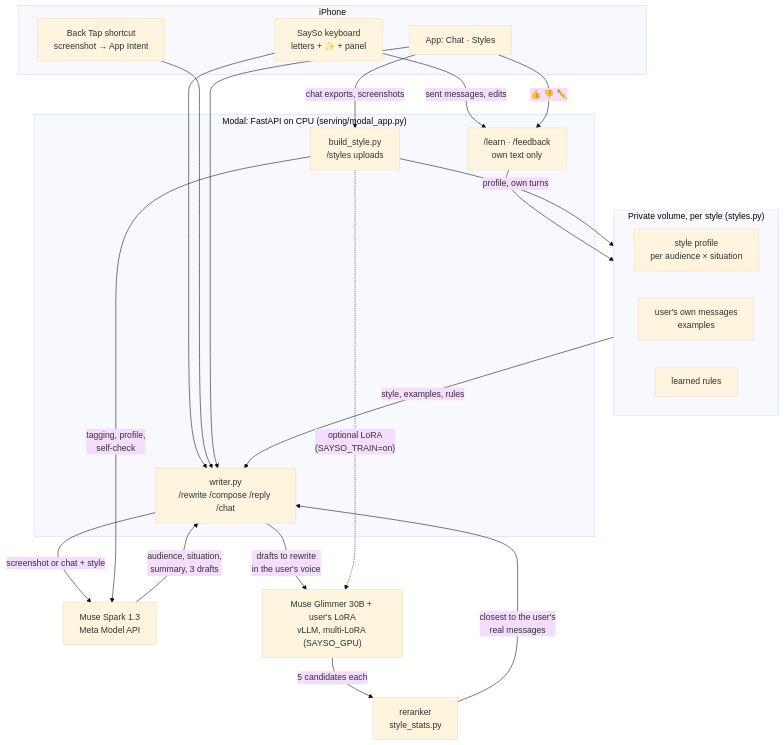
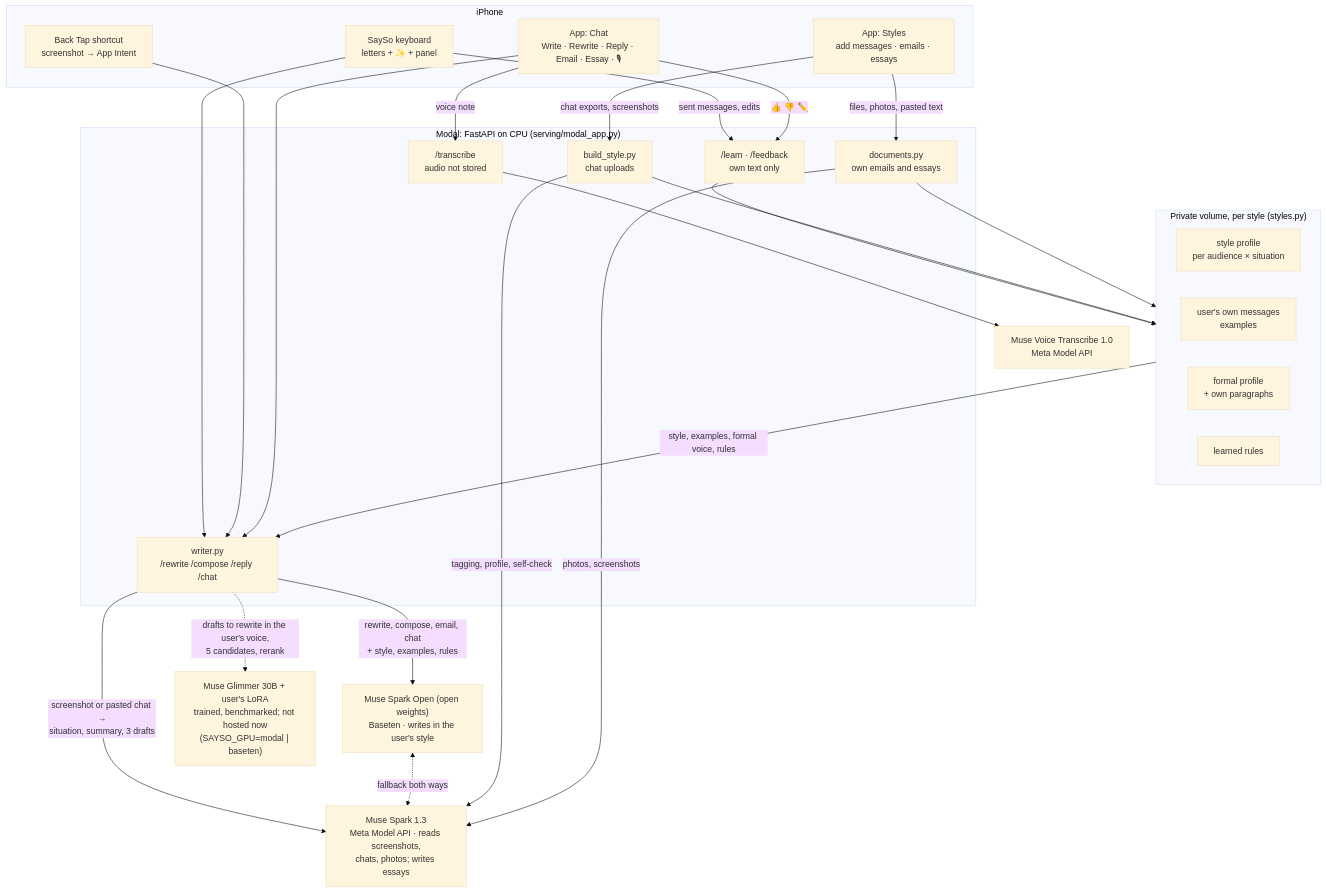
One commit to imogikk7/sayso changed the diagram in README.md. Above: the diagram before and after it, drawn with Mermaid (base theme). The commit also changed other lines of this file and 1 other file, not shown here.

First line of the commit message:
Docs: README and submission text for Nov 1 features

````diff
--- a/README.md
+++ b/README.md
@@ -38,44 +46,51 @@
 ```mermaid
 flowchart TD
     subgraph phone["iPhone"]
         KB["SaySo keyboard<br/>letters + ✨ + panel"]
         BT["Back Tap shortcut<br/>screenshot → App Intent"]
-        CH["App: Chat · Styles"]
+        CH["App: Chat<br/>Write · Rewrite · Reply · Email · Essay · 🎙"]
+        ST["App: Styles<br/>add messages · emails · essays"]
     end
 
     subgraph api["Modal: FastAPI on CPU (serving/modal_app.py)"]
         W["writer.py<br/>/rewrite /compose /reply /chat"]
+        T["/transcribe<br/>audio not stored"]
         L["/learn · /feedback<br/>own text only"]
-        B["build_style.py<br/>/styles uploads"]
+        B["build_style.py<br/>chat uploads"]
+        D["documents.py<br/>own emails and essays"]
     end
 
     subgraph store["Private volume, per style (styles.py)"]
         P["style profile<br/>per audience × situation"]
         E["user's own messages<br/>examples"]
+        F["formal profile<br/>+ own paragraphs"]
         R["learned rules"]
     end
 
-    SPARK["Muse Spark 1.3<br/>Meta Model API"]
-    GLM["Muse Glimmer 30B + user's LoRA<br/>vLLM, multi-LoRA (SAYSO_GPU)"]
-    RR["reranker<br/>style_stats.py"]
+    OPEN["Muse Spark Open (open weights)<br/>Baseten · writes in the user's style"]
+    SPARK["Muse Spark 1.3<br/>Meta Model API · reads screenshots,<br/>chats, photos; writes essays"]
+    VOICE["Muse Voice Transcribe 1.0<br/>Meta Model API"]
+    GLM["Muse Glimmer 30B + user's LoRA<br/>trained, benchmarked; not hosted now<br/>(SAYSO_GPU=modal | baseten)"]
 
     KB --> W
     BT --> W
     CH --> W
+    CH -- "voice note" --> T
+    T --> VOICE
     KB -- "sent messages, edits" --> L
     CH -- "👍 👎 ✏️" --> L
-    CH -- "chat exports, screenshots" --> B
+    ST -- "chat exports, screenshots" --> B
+    ST -- "files, photos, pasted text" --> D
 
-    W -- "screenshot or chat + style" --> SPARK
-    SPARK -- "audience, situation,<br/>summary, 3 drafts" --> W
-    W -- "drafts to rewrite<br/>in the user's voice" --> GLM
-    GLM -- "5 candidates each" --> RR
-    RR -- "closest to the user's<br/>real messages" --> W
+    W -- "rewrite, compose, email, chat<br/>+ style, examples, rules" --> OPEN
+    W -- "screenshot or pasted chat →<br/>situation, summary, 3 drafts" --> SPARK
+    OPEN <-. "fallback both ways" .-> SPARK
+    W -. "drafts to rewrite in the user's voice,<br/>5 candidates, rerank" .-> GLM
 
-    store -- "style, examples, rules" --> W
+    store -- "style, examples, formal voice, rules" --> W
     L --> store
-
-    B -- "tagging, profile,<br/>self-check" --> SPARK
-    B -- "profile, own turns" --> store
-    B -. "optional LoRA<br/>(SAYSO_TRAIN=on)" .-> GLM
+    B -- "tagging, profile, self-check" --> SPARK
+    B --> store
+    D -- "photos, screenshots" --> SPARK
+    D --> store
 ```
````
